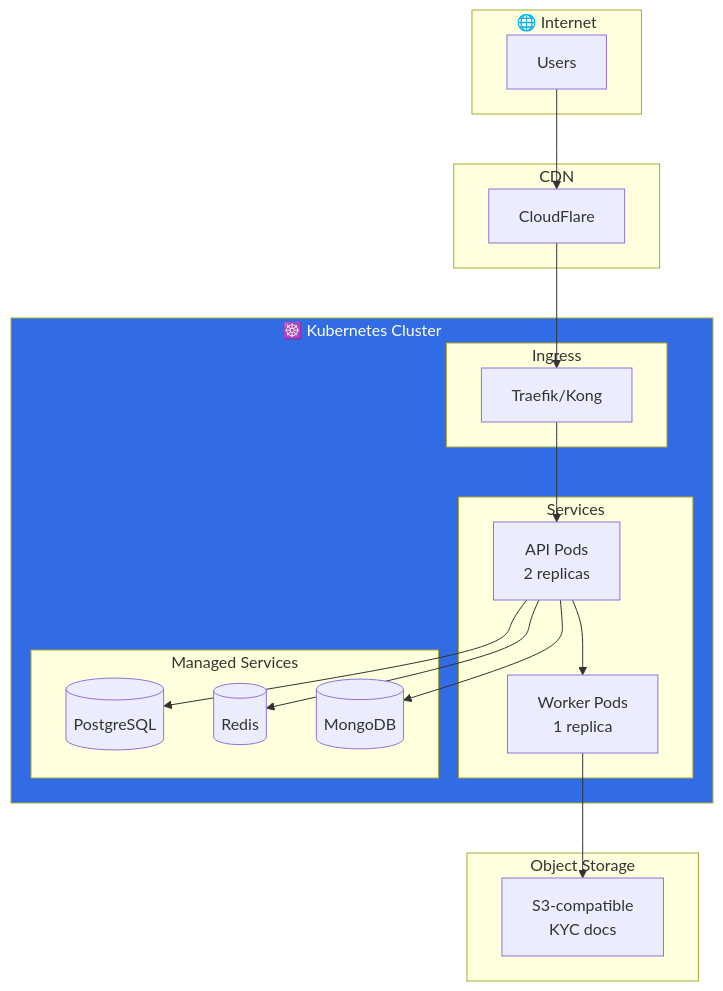
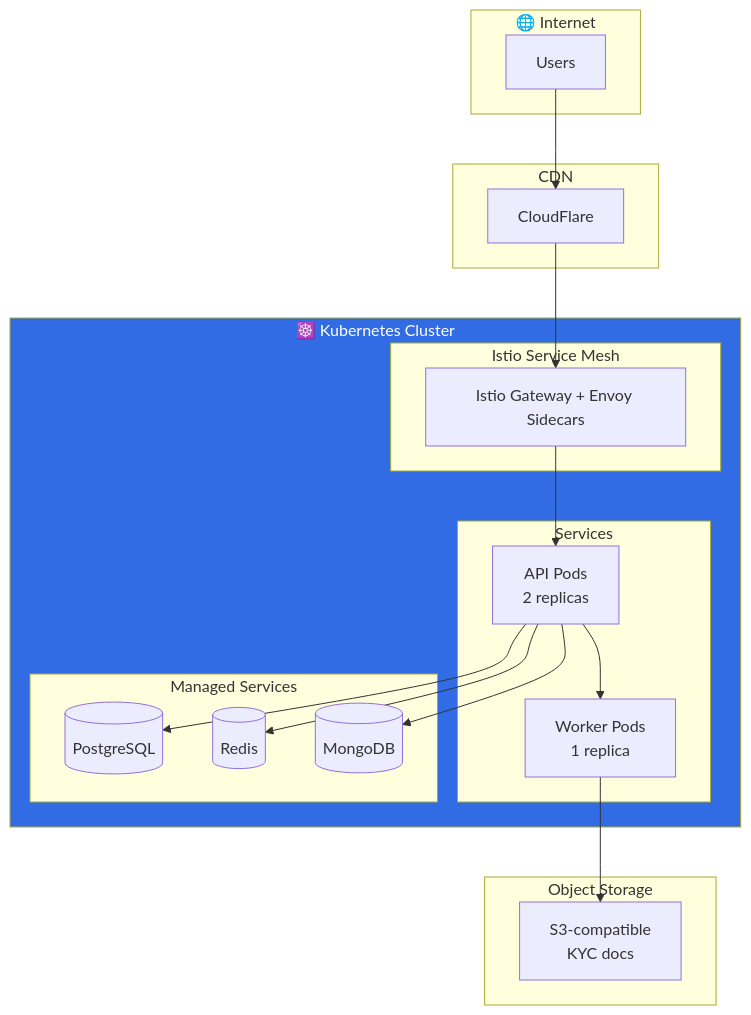
One commit to ping-cash/ping-cash changed diagram 12 of 13 in docs/ARCHITECTURE.md. Above: the diagram before and after it, drawn with Mermaid. The commit also changed other lines of this file and 4 other files, not shown here.

First line of the commit message:
docs: add business model, cash flow docs and update to Istio

````diff
--- a/docs/ARCHITECTURE.md
+++ b/docs/ARCHITECTURE.md
@@ -514,39 +528,39 @@
 ```mermaid
 flowchart TB
     subgraph Internet["🌐 Internet"]
         Users[Users]
     end
 
     subgraph CDN["CDN"]
         CF[CloudFlare]
     end
 
     subgraph K8s["☸️ Kubernetes Cluster"]
-        subgraph Ingress["Ingress"]
-            IG[Traefik/Kong]
+        subgraph Ingress["Istio Service Mesh"]
+            IG[Istio Gateway + Envoy Sidecars]
         end
 
         subgraph Services["Services"]
             API[API Pods<br/>2 replicas]
             Worker[Worker Pods<br/>1 replica]
         end
 
         subgraph Data["Managed Services"]
             PG[(PostgreSQL)]
             RD[(Redis)]
             MG[(MongoDB)]
         end
     end
 
     subgraph Storage["Object Storage"]
         S3[S3-compatible<br/>KYC docs]
     end
 
     Users --> CF --> IG
     IG --> API
     API --> Worker
     API --> PG & RD & MG
     Worker --> S3
 
     style K8s fill:#326ce5,color:#fff
 ```
````
